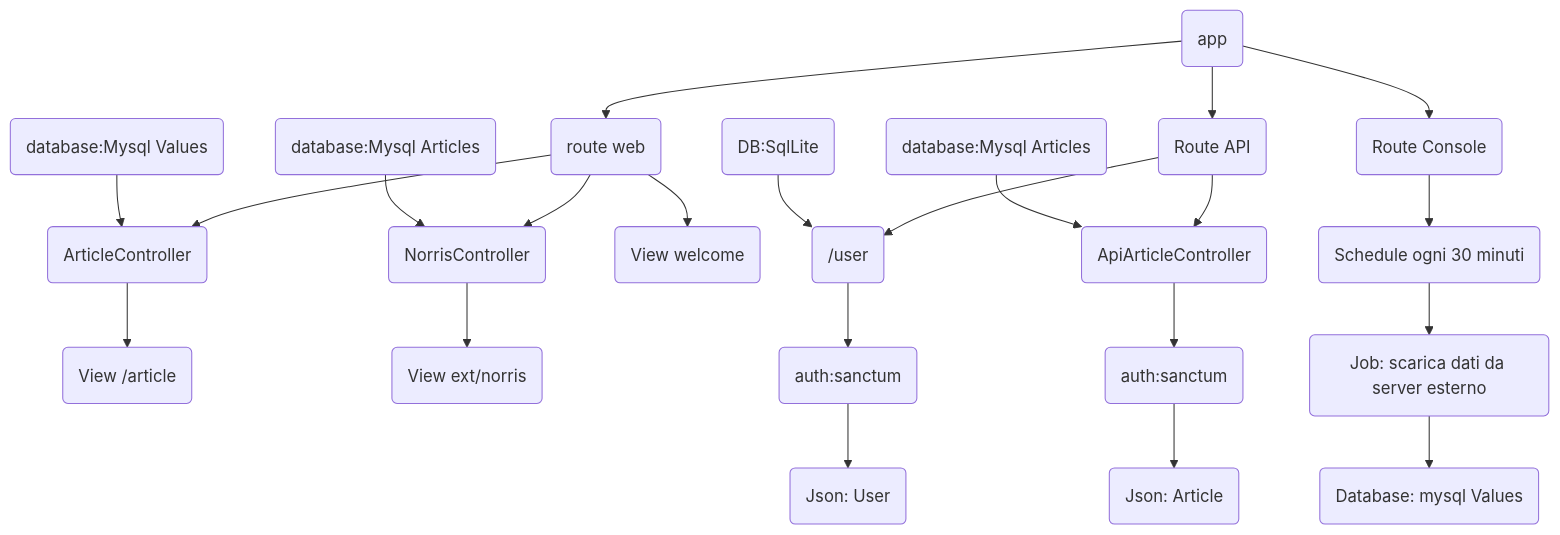
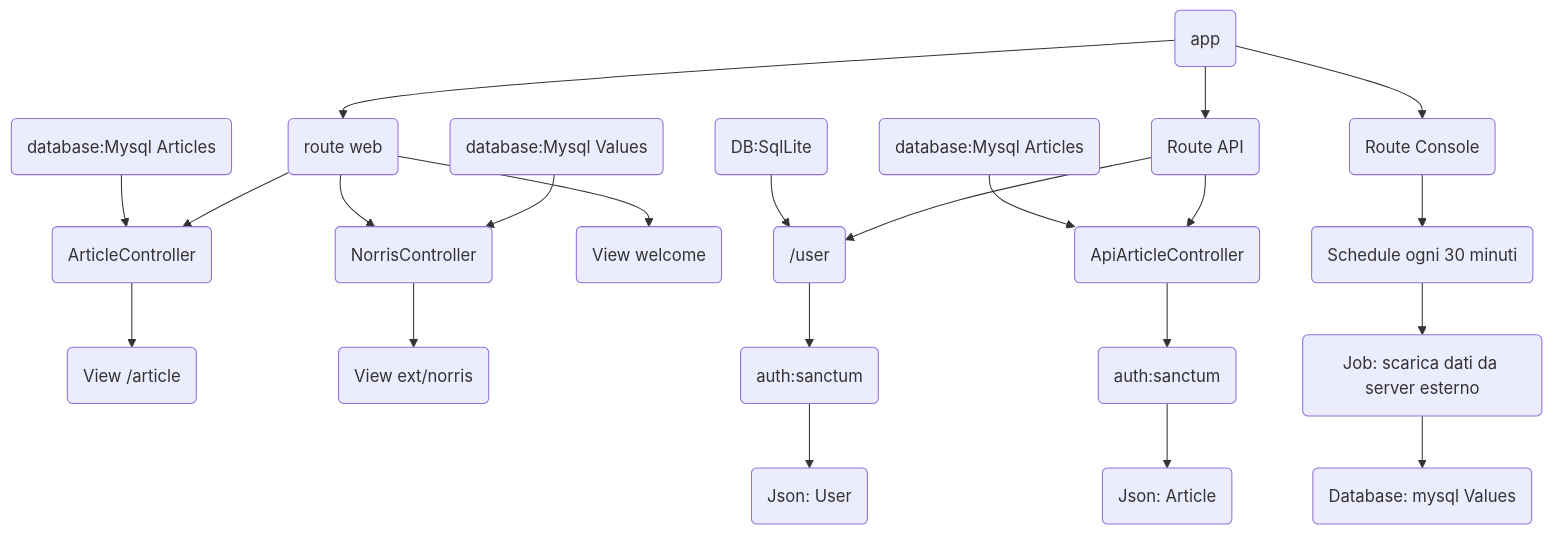
The diagram in README.md (ManueldG2/Laravel-MultiDB), drawn with Mermaid before and after one commit.

````diff
--- a/README.md
+++ b/README.md
@@ -122,17 +122,17 @@
 ```mermaid
 graph TD
 A(app) --> B(route web)--> C(ArticleController)-->D(View /article)
-HA(database:Mysql Values)-->C
+HA(database:Mysql Values)-->CA
 B-->CA(NorrisController)-->DA(View ext/norris)
-HB(database:Mysql Articles)-->CA
+HB(database:Mysql Articles)-->C
 
 B-->DB(View welcome)
 
 A-->BA(Route API)-->CB(/user)-->E(auth:sanctum)-->F(Json: User)
 HD(DB:SqlLite)-->CB
 BA-->CC(ApiArticleController)-->EA(auth:sanctum)-->FA(Json: Article)
 HE(database:Mysql Articles)-->CC
 
 A-->BC(Route Console)-->CD(Schedule ogni 30 minuti)-->EB(Job: scarica dati da server esterno )-->HC(Database: mysql Values)
 
 ```
````
